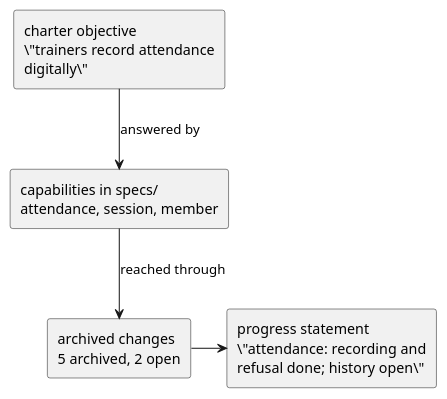
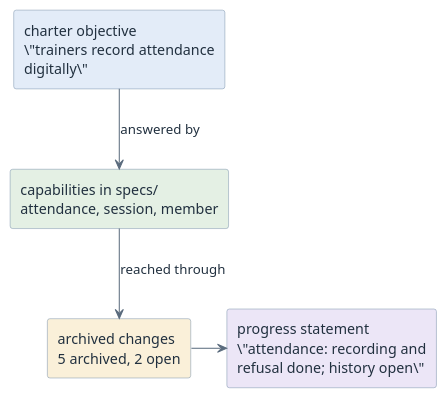
The diagram in modules/bridge-progress-and-milestones/index.adoc (htl-leonding-college/curriculum-syp3), drawn with PlantUML before and after one commit. The commit also changed 65 other files, not shown here.

First line of the commit message:
feat(site): give the diagrams a semantic pastel palette

```diff
--- a/modules/bridge-progress-and-milestones/index.adoc
+++ b/modules/bridge-progress-and-milestones/index.adoc
@@ -58,17 +58,19 @@
 [plantuml,progress-derivation,svg]
 ----
 @startuml
-skinparam monochrome true
+<style>
+element { BackgroundColor #EDF3FA; LineColor #7C93AD; FontColor #21303F }
+arrow { LineColor #5A6B7D; FontColor #21303F }
+</style>
 skinparam shadowing false
 skinparam defaultFontName Helvetica
 
-rectangle "charter objective\n\"trainers record attendance\ndigitally\"" as O
-rectangle "capabilities in specs/\nattendance, session, member" as C
-rectangle "archived changes\n5 archived, 2 open" as A
-rectangle "progress statement\n\"attendance: recording and\nrefusal done; history open\"" as P
-
+rectangle "charter objective\n\"trainers record attendance\ndigitally\"" as O #E3ECF8
+rectangle "capabilities in specs/\nattendance, session, member" as C #E4F0E4
+rectangle "archived changes\n5 archived, 2 open" as A #FAF0D9
+rectangle "progress statement\n\"attendance: recording and\nrefusal done; history open\"" as P #ECE6F7
 O -down-> C : "answered by"
 C -down-> A : "reached through"
 A -right-> P
 @enduml
 ----
```
